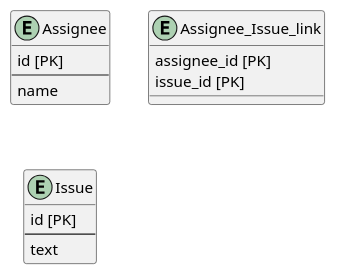
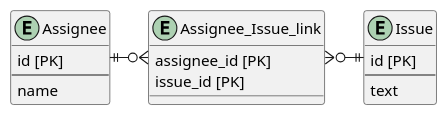
One commit to cashev/praha-challenge changed the diagram in null/tasks.pu. Above: the diagram before and after it, drawn with PlantUML. The commit also changed 1 other file, not shown here.

```diff
--- a/null/tasks.pu
+++ b/null/tasks.pu
@@ -16,20 +16,23 @@
 @startuml
 
 entity Assignee {
     id [PK]
     --
     name
 }
 
 entity Assignee_Issue_link {
     assignee_id [PK]
     issue_id [PK]
 }
 
 entity Issue {
     id [PK]
     --
     text
 }
 
+Assignee ||--ri--o{ Assignee_Issue_link
+Issue ||-le-o{ Assignee_Issue_link
+
 @enduml
```
